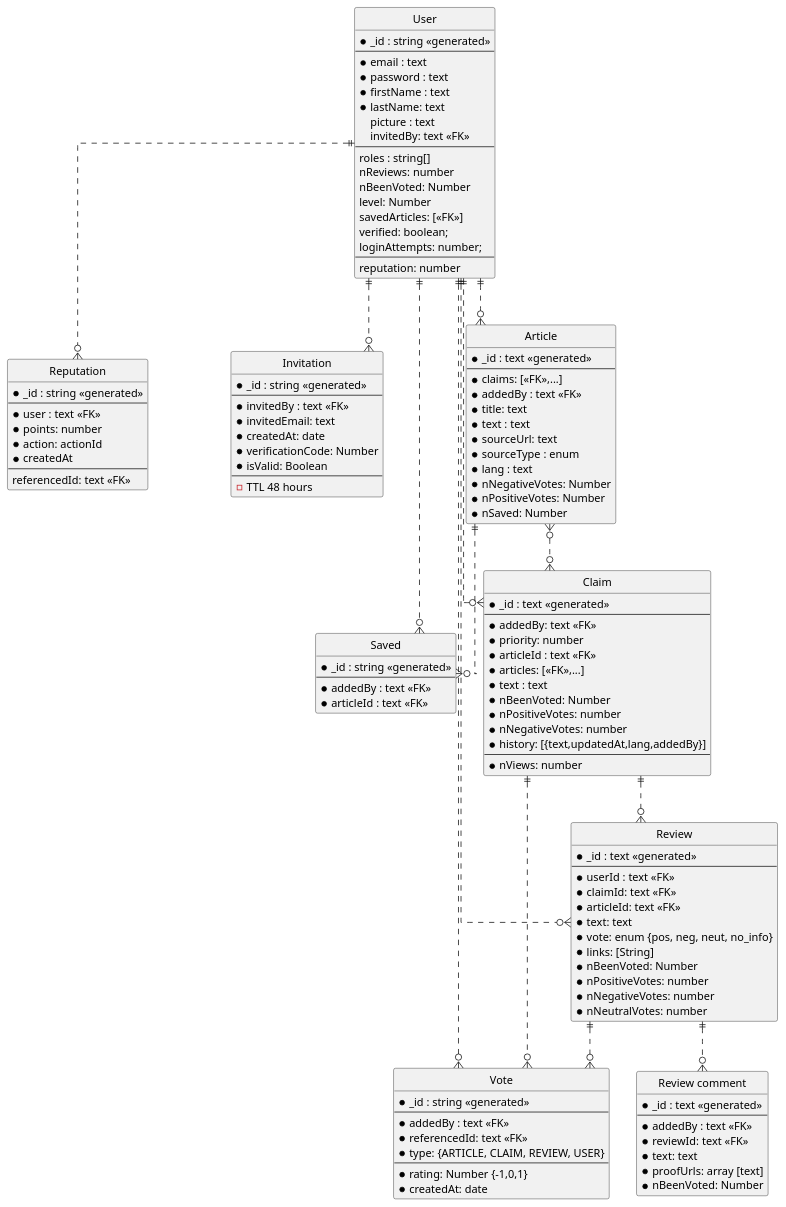
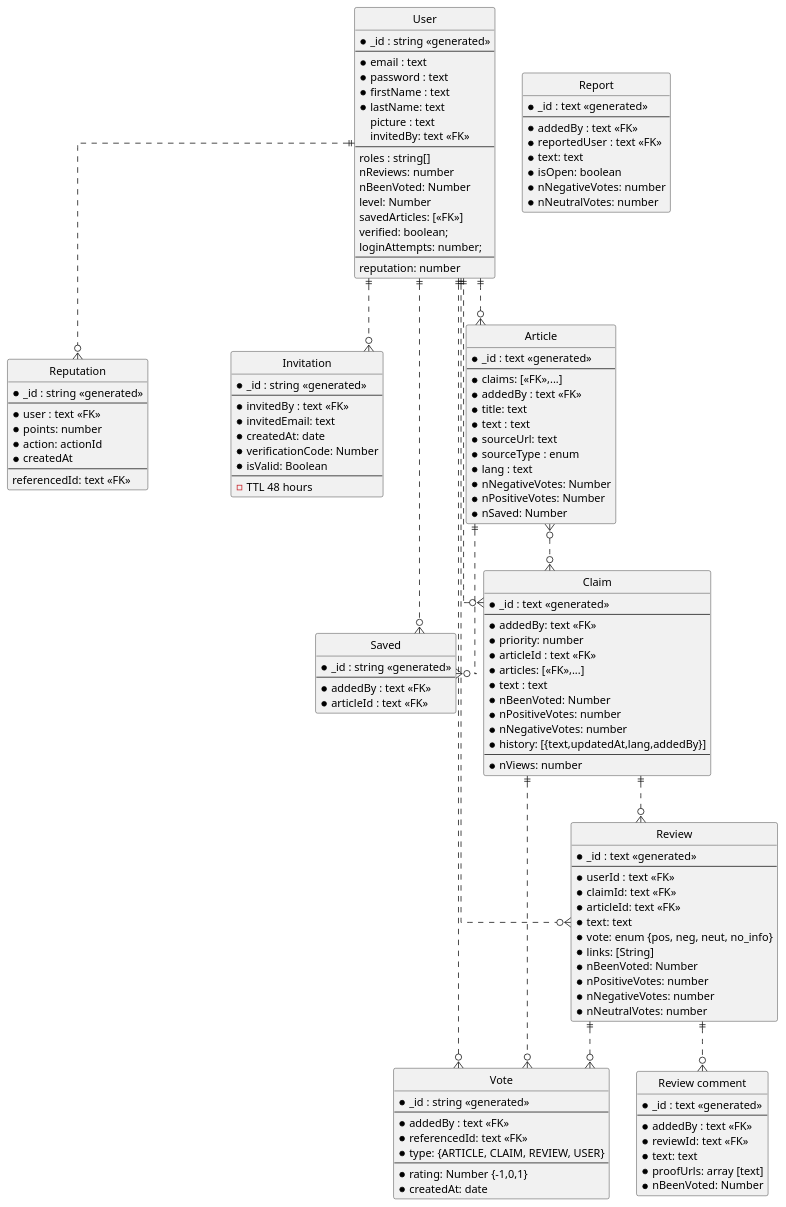
Before and after one commit to aic-factcheck/fact_check_api: the diagram in uml_docs/entity_relations.puml, drawn with PlantUML. The commit also changed 11 other files, not shown here.

```diff
--- a/uml_docs/entity_relations.puml
+++ b/uml_docs/entity_relations.puml
@@ -1,142 +1,153 @@
 @startuml Entity relations
 ' hide the spot
 hide circle
 
 ' avoid problems with angled crows feet
 skinparam linetype ortho
 
 entity "User" as user {
   *_id : string <<generated>>
   --
   *email : text
   *password : text
   *firstName : text
   *lastName: text
   picture : text
   invitedBy: text <<FK>>
   --
   roles : string[]
   nReviews: number
   nBeenVoted: Number
   level: Number
   savedArticles: [<<FK>>]
   verified: boolean;
   loginAttempts: number;
   --
   reputation: number
 }
 
 entity "Reputation" as rep {
   *_id : string <<generated>>
   --
   *user : text <<FK>>
   *points: number
   *action: actionId
   *createdAt
   --
   referencedId: text <<FK>>
 }
 
 entity "Saved" as saved {
   *_id : string <<generated>>
   --
   *addedBy : text <<FK>>
   *articleId : text <<FK>>
 }
 
 entity "Invitation" as inv {
   *_id : string <<generated>>
   --
   *invitedBy : text <<FK>>
   *invitedEmail: text
   *createdAt: date
   *verificationCode: Number
   *isValid: Boolean
   --
   - TTL 48 hours
 }
 
 entity "Vote" as vote {
   *_id : string <<generated>>
   --
   *addedBy : text <<FK>>
   *referencedId: text <<FK>>
   *type: {ARTICLE, CLAIM, REVIEW, USER}
   --
   ' *text: Text
   *rating: Number {-1,0,1}
   *createdAt: date
 }
 
 entity "Article" as article {
   *_id : text <<generated>>
   --
   *claims: [<<FK>>,...]
   *addedBy : text <<FK>>
   *title: text
   *text : text
   *sourceUrl: text
   *sourceType : enum
   *lang : text
   *nNegativeVotes: Number
   *nPositiveVotes: Number
   *nSaved: Number
 }
 
 entity "Claim" as claim {
   *_id : text <<generated>>
   --
   *addedBy: text <<FK>>
   *priority: number
   *articleId : text <<FK>>
   *articles: [<<FK>>,...]
   *text : text
   *nBeenVoted: Number
   *nPositiveVotes: number
   *nNegativeVotes: number
   *history: [{text,updatedAt,lang,addedBy}]
   --
   *nViews: number
 }
 
 entity "Review" as review {
   *_id : text <<generated>>
   --
   *userId : text <<FK>>
   *claimId: text <<FK>>
   *articleId: text <<FK>>
   *text: text
   *vote: enum {pos, neg, neut, no_info}
   *links: [String]
   *nBeenVoted: Number
   *nPositiveVotes: number
   *nNegativeVotes: number
   *nNeutralVotes: number
 }
 
 entity "Review comment" as reviewComment {
   *_id : text <<generated>>
   --
   *addedBy : text <<FK>>
   *reviewId: text <<FK>>
   *text: text
   *proofUrls: array [text] 
   *nBeenVoted: Number
 }
 
+entity "Report" as report {
+  *_id : text <<generated>>
+  --
+  *addedBy : text <<FK>>
+  *reportedUser : text <<FK>>
+  *text: text
+  *isOpen: boolean
+  *nNegativeVotes: number
+  *nNeutralVotes: number
+}
+
 user ||..o{ article
 user ||..o{ inv
 user ||..o{ saved
 user ||..o{ vote
 user ||..o{ rep
 article }o..o{ claim
 article ||..o{ saved
 ' article ||..o{ vote
 user ||..o{ review
 ' user ||..o{ vote
 claim ||..o{ review
 claim }o..|| user
 claim ||..o{ vote
 review ||..o{ reviewComment
 review ||..o{ vote
 @enduml
```
